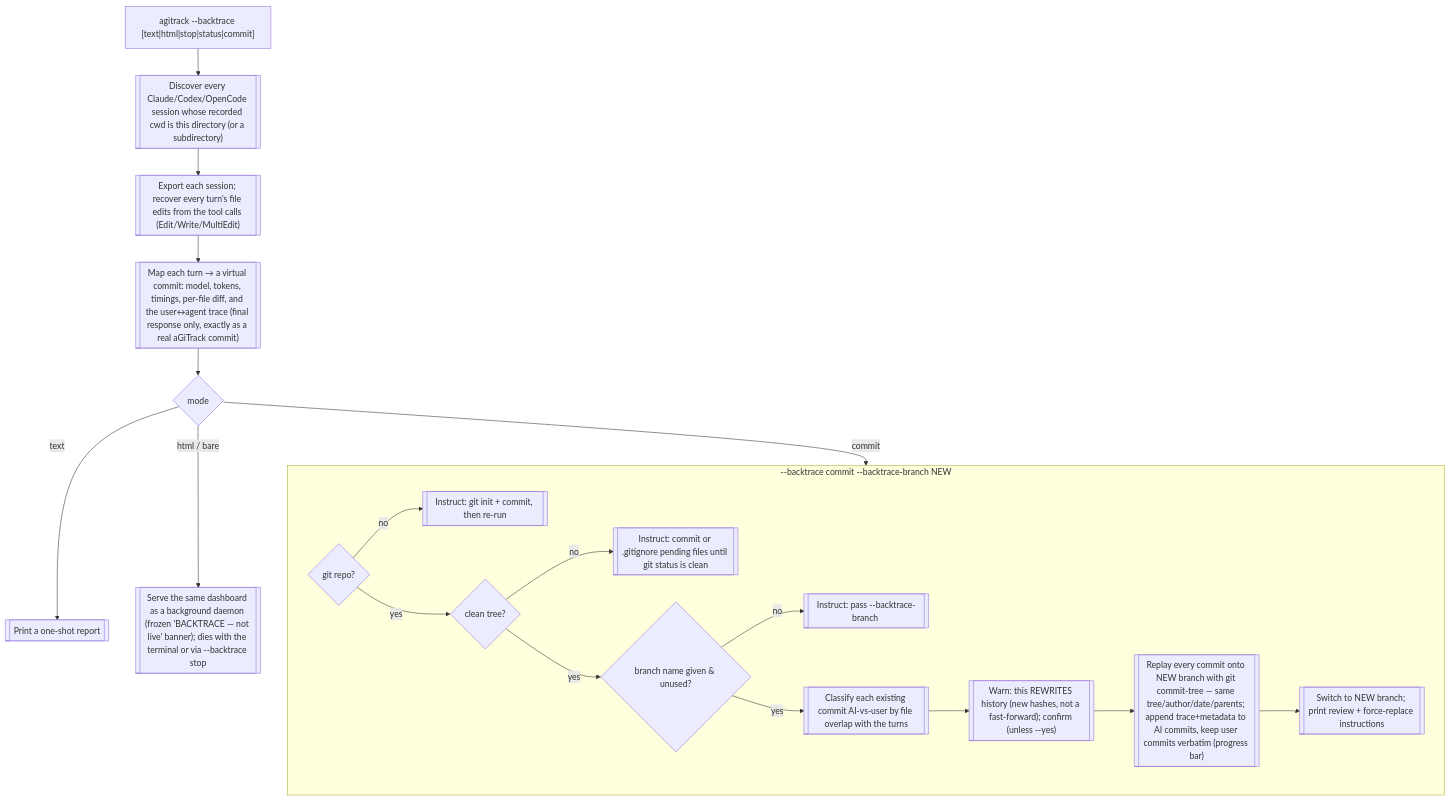
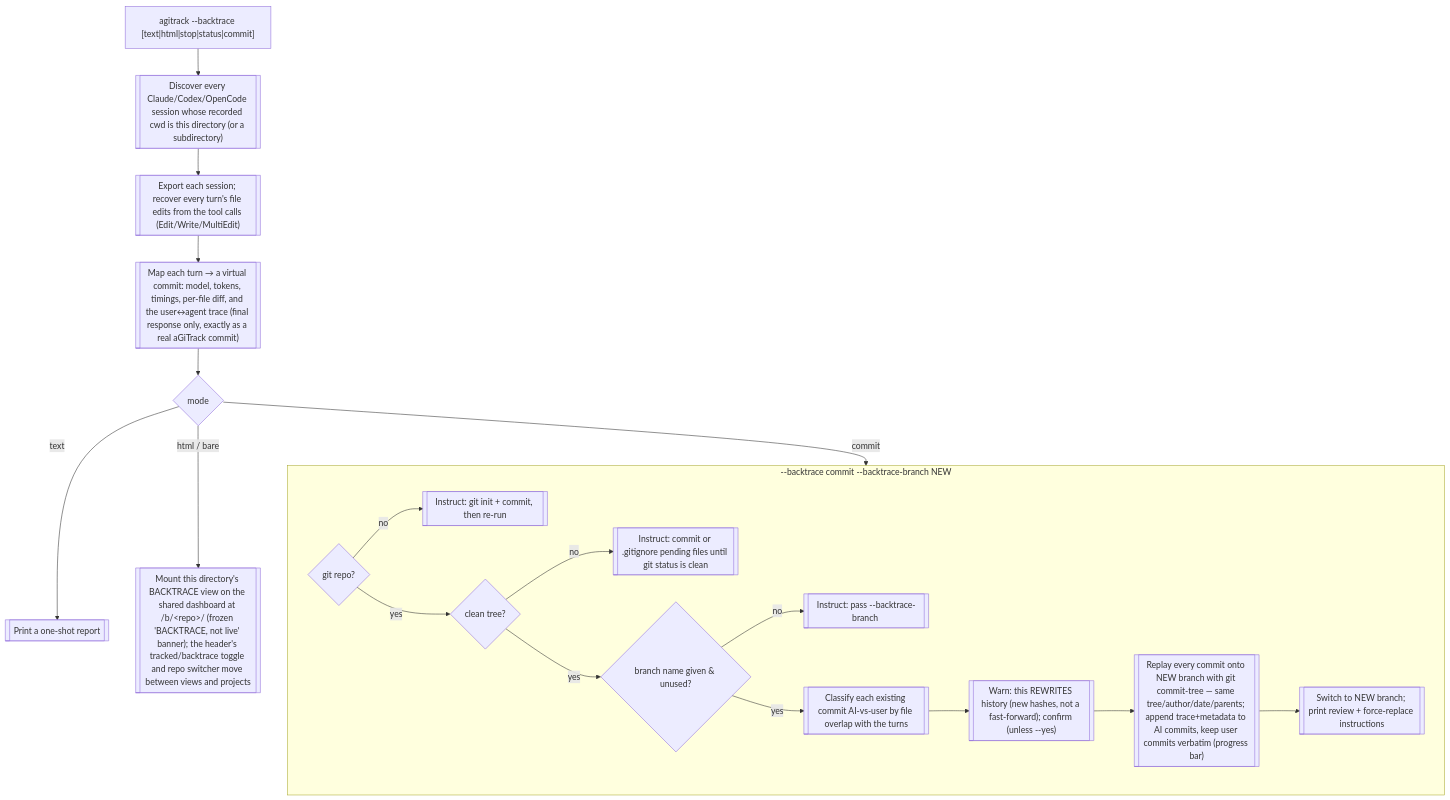
Diagram 18 of 20 in docs/user-flow.md (core-aix/agitrack), drawn with Mermaid before and after one commit. The commit also changed other lines of this file and 26 other files, not shown here.

````diff
--- a/docs/user-flow.md
+++ b/docs/user-flow.md
@@ -758,21 +773,21 @@
 ```mermaid
 flowchart TD
   bt["agitrack --backtrace [text|html|stop|status|commit]"] --> disc[["Discover every Claude/Codex/OpenCode session whose recorded cwd is this directory (or a subdirectory)"]]
   disc --> exp[["Export each session; recover every turn's file edits from the tool calls (Edit/Write/MultiEdit)"]]
   exp --> map[["Map each turn → a virtual commit: model, tokens, timings, per-file diff, and the user↔agent trace (final response only, exactly as a real aGiTrack commit)"]]
   map --> mode{mode}
   mode -->|text| txt[["Print a one-shot report"]]
-  mode -->|html / bare| serve[["Serve the same dashboard as a background daemon (frozen 'BACKTRACE — not live' banner); dies with the terminal or via --backtrace stop"]]
+  mode -->|html / bare| serve[["Mount this directory's BACKTRACE view on the shared dashboard at /b/&lt;repo&gt;/ (frozen 'BACKTRACE, not live' banner); the header's tracked/backtrace toggle and repo switcher move between views and projects"]]
   mode -->|commit| commit
   subgraph commit["--backtrace commit --backtrace-branch NEW"]
     g1{git repo?} -->|no| gi[["Instruct: git init + commit, then re-run"]]
     g1 -->|yes| g2{clean tree?}
     g2 -->|no| gd[["Instruct: commit or .gitignore pending files until git status is clean"]]
     g2 -->|yes| g3{branch name given & unused?}
     g3 -->|no| gb[["Instruct: pass --backtrace-branch <new-branch>"]]
     g3 -->|yes| cls[["Classify each existing commit AI-vs-user by file overlap with the turns"]]
     cls --> warn[["Warn: this REWRITES history (new hashes, not a fast-forward); confirm (unless --yes)"]]
     warn --> replay[["Replay every commit onto NEW branch with git commit-tree — same tree/author/date/parents; append trace+metadata to AI commits, keep user commits verbatim (progress bar)"]]
     replay --> sw[["Switch to NEW branch; print review + force-replace instructions"]]
   end
 ```
````
